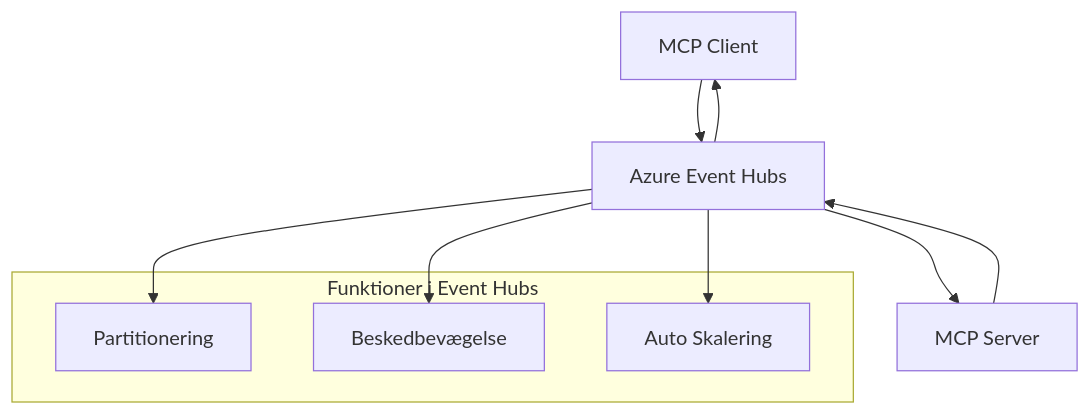
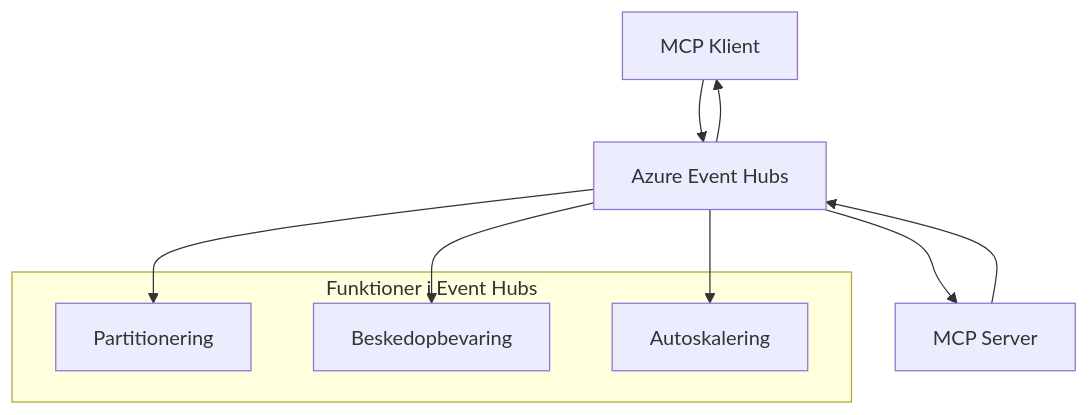
The second of 2 diagrams in mcp_ecosystem__model_context_protocol/mcp_learning_resources/mcp-for-beginners/translations/da/05-AdvancedTopics/mcp-transport/README.md (HIDORAKAI002/ai-workspace-archive), drawn with Mermaid before and after one commit. The commit also changed other lines of this file and 1046 other files, not shown here.

````diff
--- a/mcp_ecosystem__model_context_protocol/mcp_learning_resources/mcp-for-beginners/translations/da/05-AdvancedTopics/mcp-transport/README.md
+++ b/mcp_ecosystem__model_context_protocol/mcp_learning_resources/mcp-for-beginners/translations/da/05-AdvancedTopics/mcp-transport/README.md
@@ -270,17 +272,17 @@
 ```mermaid
 graph TB
-    Client[MCP Client] --> EH[Azure Event Hubs]
+    Client[MCP Klient] --> EH[Azure Event Hubs]
     EH --> Server[MCP Server]
     Server --> EH
     EH --> Client
     
     subgraph "Funktioner i Event Hubs"
         Partition[Partitionering]
-        Retention[Beskedbevægelse]
-        Scaling[Auto Skalering]
+        Retention[Beskedopbevaring]
+        Scaling[Autoskalering]
     end
     
     EH --> Partition
     EH --> Retention
     EH --> Scaling
 ```
````
